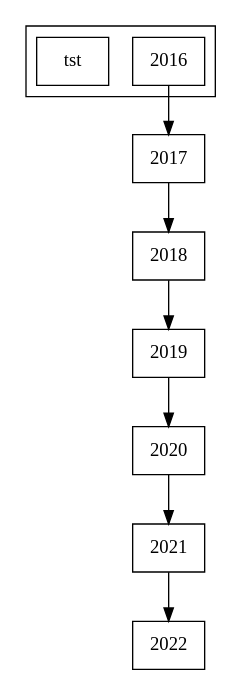
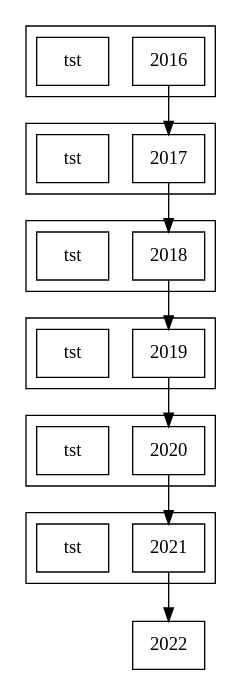
The diagram in timeline.dot (moledoc/statistikuks_kujunemine), drawn with Graphviz before and after one commit. The commit also changed 4 other files, not shown here.

```diff
--- a/timeline.dot
+++ b/timeline.dot
@@ -1,24 +1,44 @@
 digraph D {
   node [shape=record];
 
 y1 [label = "2016"]
 y2 [label = "2017"]
 y3 [label = "2018"]
 y4 [label = "2019"]
 y5 [label = "2020"]
 y6 [label = "2021"]
 y7 [label = "2022"]
 
-tst [label="tst"]
+tst1 [label="tst"]
+tst2 [label="tst"]
+tst3 [label="tst"]
+tst4 [label="tst"]
+tst5 [label="tst"]
+tst6 [label="tst"]
 
   y1 -> y2;
   y2 -> y3;
   y3 -> y4;
   y4 -> y5;
   y5 -> y6;
   y6 -> y7;
 
   subgraph cluster_2016 {
-  {rank=same y1 tst}
+    {rank=same y1 tst1}
+  }
+  subgraph cluster_2017 {
+    {rank=same y2 tst2}
+  }
+  subgraph cluster_2018 {
+    {rank=same y3 tst3}
+  }
+  subgraph cluster_2019 {
+    {rank=same y4 tst4}
+  }
+  subgraph cluster_2020 {
+    {rank=same y5 tst5}
+  }
+  subgraph cluster_2021 {
+    {rank=same y6 tst6}
   }
 }
```
